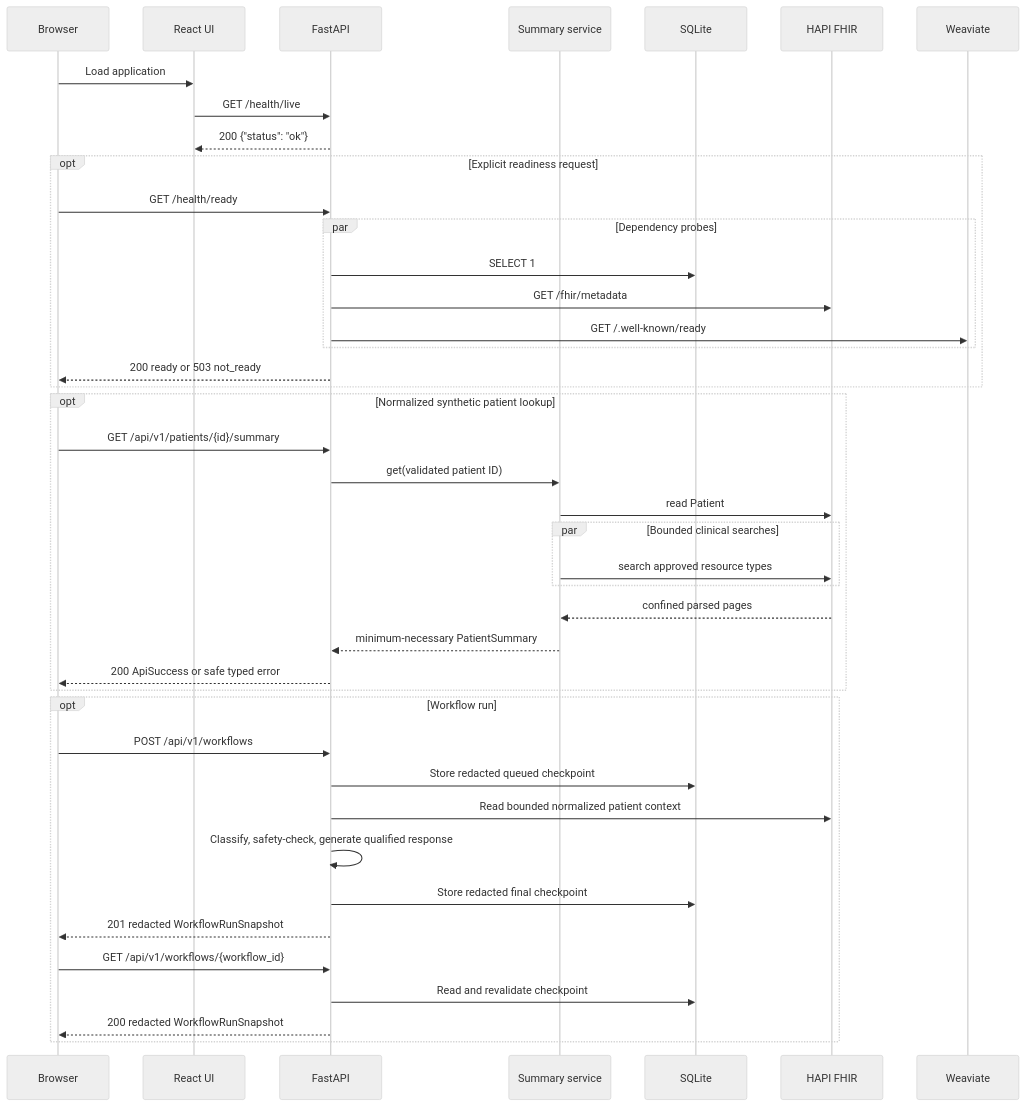
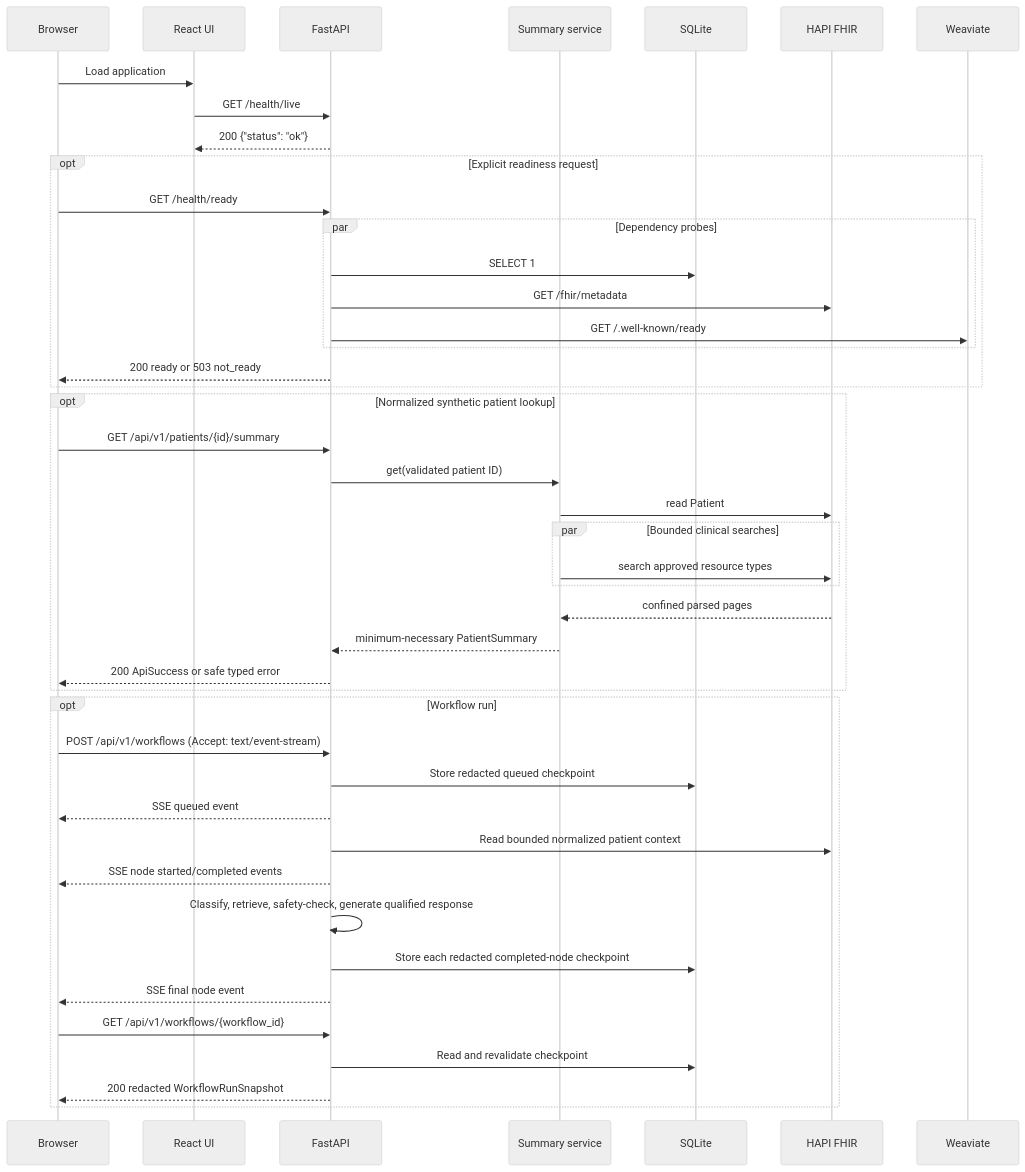
One commit to sanket-nawghare/langchain-poc changed the fourth of 5 diagrams in docs/ARCHITECTURE.md. Above: the diagram before and after it, drawn with Mermaid (neutral theme). The commit also changed other lines of this file and 17 other files, not shown here.

````diff
--- a/docs/ARCHITECTURE.md
+++ b/docs/ARCHITECTURE.md
@@ -164,48 +164,50 @@
 ```mermaid
 sequenceDiagram
     participant Browser
     participant UI as React UI
     participant API as FastAPI
     participant Summary as Summary service
     participant DB as SQLite
     participant FHIR as HAPI FHIR
     participant Vector as Weaviate
 
     Browser->>UI: Load application
     UI->>API: GET /health/live
     API-->>UI: 200 {"status": "ok"}
 
     opt Explicit readiness request
         Browser->>API: GET /health/ready
         par Dependency probes
             API->>DB: SELECT 1
             API->>FHIR: GET /fhir/metadata
             API->>Vector: GET /.well-known/ready
         end
         API-->>Browser: 200 ready or 503 not_ready
     end
 
     opt Normalized synthetic patient lookup
         Browser->>API: GET /api/v1/patients/{id}/summary
         API->>Summary: get(validated patient ID)
         Summary->>FHIR: read Patient
         par Bounded clinical searches
             Summary->>FHIR: search approved resource types
         end
         FHIR-->>Summary: confined parsed pages
         Summary-->>API: minimum-necessary PatientSummary
         API-->>Browser: 200 ApiSuccess or safe typed error
     end
 
     opt Workflow run
-        Browser->>API: POST /api/v1/workflows
+        Browser->>API: POST /api/v1/workflows (Accept: text/event-stream)
         API->>DB: Store redacted queued checkpoint
+        API-->>Browser: SSE queued event
         API->>FHIR: Read bounded normalized patient context
-        API->>API: Classify, safety-check, generate qualified response
-        API->>DB: Store redacted final checkpoint
-        API-->>Browser: 201 redacted WorkflowRunSnapshot
+        API-->>Browser: SSE node started/completed events
+        API->>API: Classify, retrieve, safety-check, generate qualified response
+        API->>DB: Store each redacted completed-node checkpoint
+        API-->>Browser: SSE final node event
         Browser->>API: GET /api/v1/workflows/{workflow_id}
         API->>DB: Read and revalidate checkpoint
         API-->>Browser: 200 redacted WorkflowRunSnapshot
     end
 ```
````
